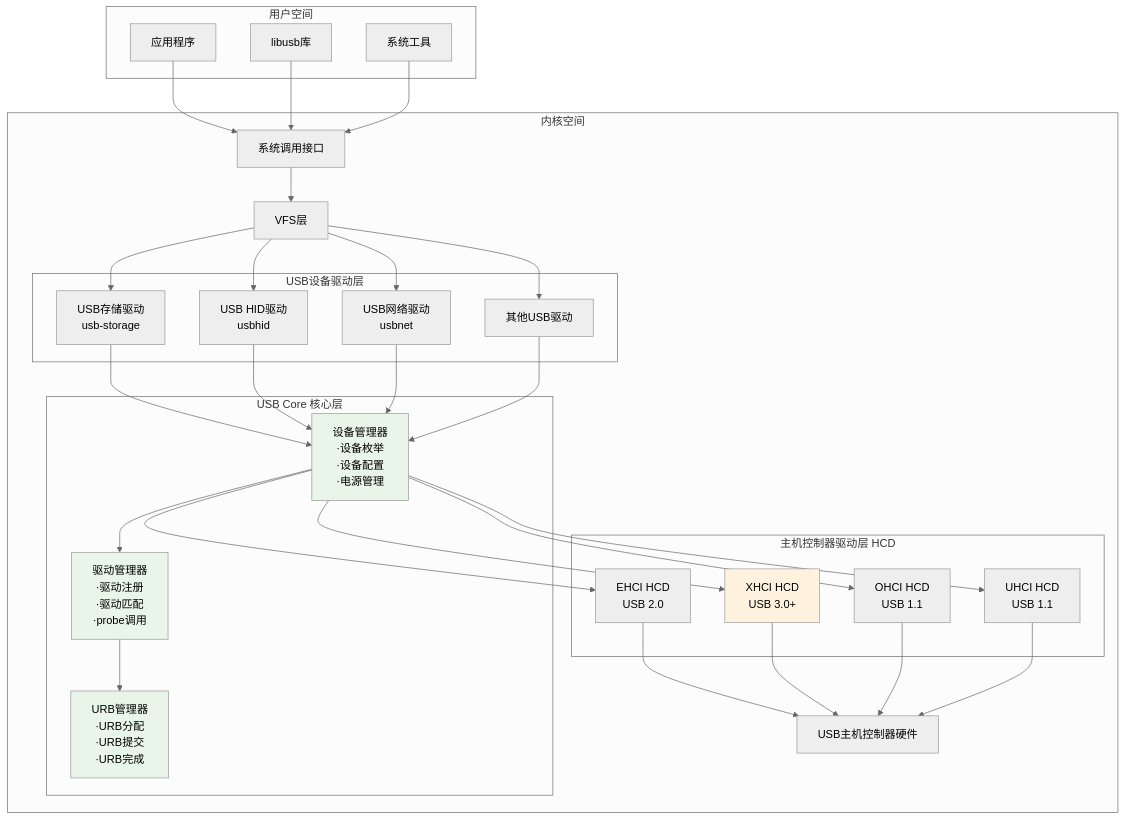
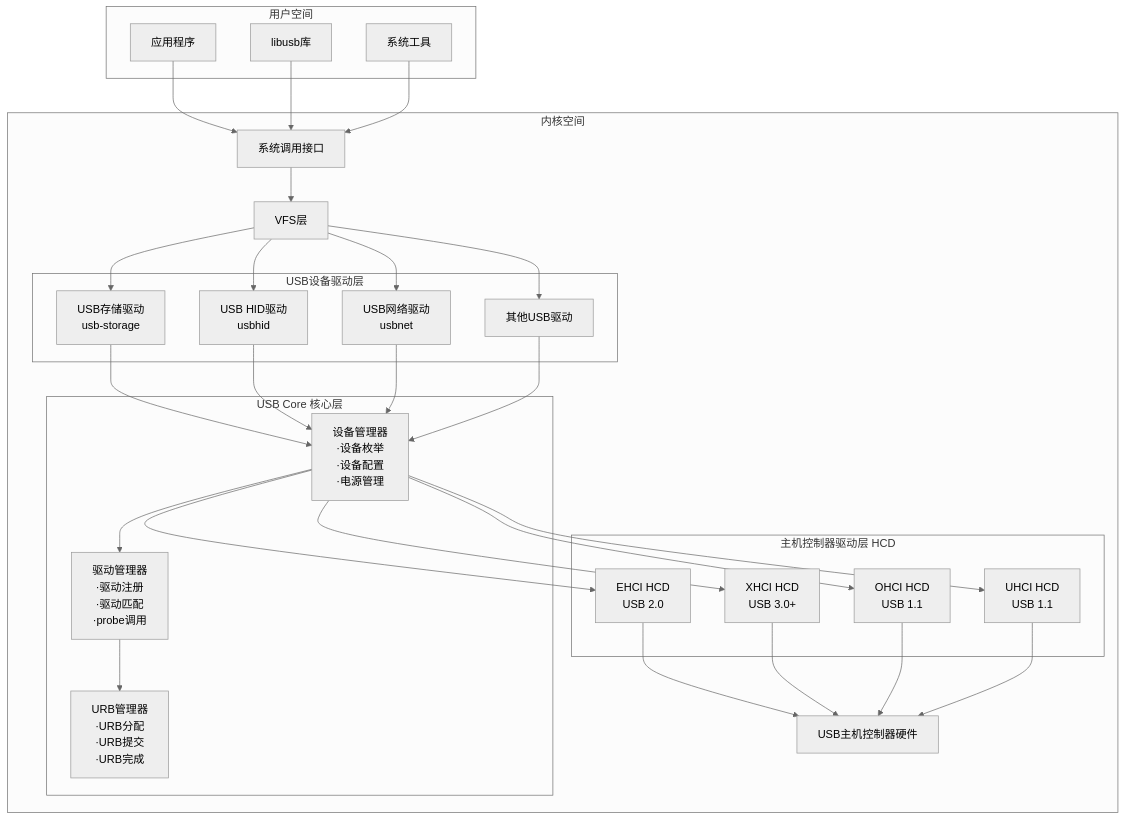
The second of 21 diagrams in 08-USB架构图和流程图-可视化版.md (TbusOS/usb-learn), drawn with Mermaid (neutral theme) before and after one commit. The commit also changed other lines of this file and 1 other file, not shown here.

````diff
--- a/08-USB架构图和流程图-可视化版.md
+++ b/08-USB架构图和流程图-可视化版.md
@@ -65,68 +63,65 @@
 ```mermaid
 graph TD
     subgraph "用户空间"
         A1[应用程序]
         A2[libusb库]
         A3[系统工具]
     end
     
     subgraph "内核空间"
         B1[系统调用接口]
         B2[VFS层]
         
         subgraph "USB设备驱动层"
             C1[USB存储驱动<br/>usb-storage]
             C2[USB HID驱动<br/>usbhid]
             C3[USB网络驱动<br/>usbnet]
             C4[其他USB驱动]
         end
         
         subgraph "USB Core 核心层"
             D1[设备管理器<br/>·设备枚举<br/>·设备配置<br/>·电源管理]
             D2[驱动管理器<br/>·驱动注册<br/>·驱动匹配<br/>·probe调用]
             D3[URB管理器<br/>·URB分配<br/>·URB提交<br/>·URB完成]
         end
         
         subgraph "主机控制器驱动层 HCD"
             E1[EHCI HCD<br/>USB 2.0]
             E2[XHCI HCD<br/>USB 3.0+]
             E3[OHCI HCD<br/>USB 1.1]
             E4[UHCI HCD<br/>USB 1.1]
         end
         
         F[USB主机控制器硬件]
     end
     
     A1 --> B1
     A2 --> B1
     A3 --> B1
     
     B1 --> B2
     B2 --> C1
     B2 --> C2
     B2 --> C3
     B2 --> C4
     
     C1 --> D1
     C2 --> D1
     C3 --> D1
     C4 --> D1
     
     D1 --> D2
     D2 --> D3
     
     D1 --> E1
     D1 --> E2
     D1 --> E3
     D1 --> E4
     
     E1 --> F
     E2 --> F
     E3 --> F
     E4 --> F
     
-    style D1 fill:#e8f5e8
-    style D2 fill:#e8f5e8  
-    style D3 fill:#e8f5e8
-    style E2 fill:#fff3e0
+
 ```
````
